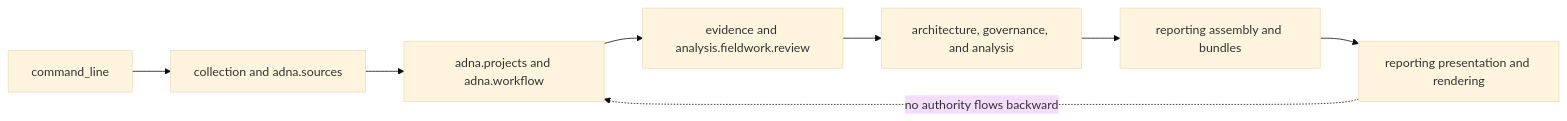
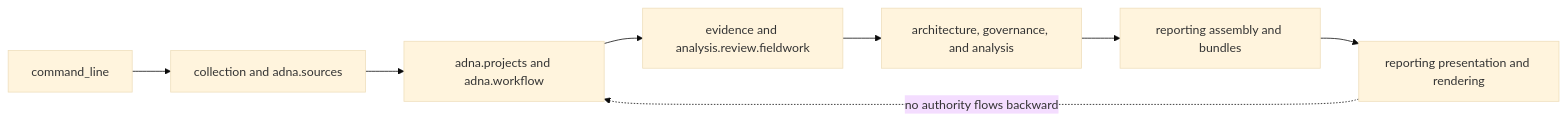
Before and after one commit to bijux/bijux-pollenomics: the diagram in packages/bijux-pollenomics/docs/boundaries.md, drawn with Mermaid (base theme). The commit also changed other lines of this file and 31 other files, not shown here.

Commit message:
refactor(analysis): establish fieldwork review boundary

````diff
--- a/packages/bijux-pollenomics/docs/boundaries.md
+++ b/packages/bijux-pollenomics/docs/boundaries.md
@@ -12,10 +12,10 @@
 ```mermaid
 flowchart LR
     Command["command_line"] --> Intake["collection and adna.sources"]
     Intake --> Evidence["adna.projects and adna.workflow"]
-    Evidence --> Review["evidence and analysis.fieldwork.review"]
+    Evidence --> Review["evidence and analysis.review.fieldwork"]
     Review --> Product["architecture, governance, and analysis"]
     Product --> Assembly["reporting assembly and bundles"]
     Assembly --> Render["reporting presentation and rendering"]
     Render -. no authority flows backward .-> Evidence
 ```
````
